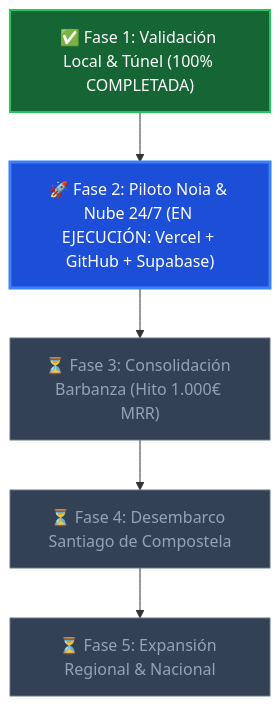
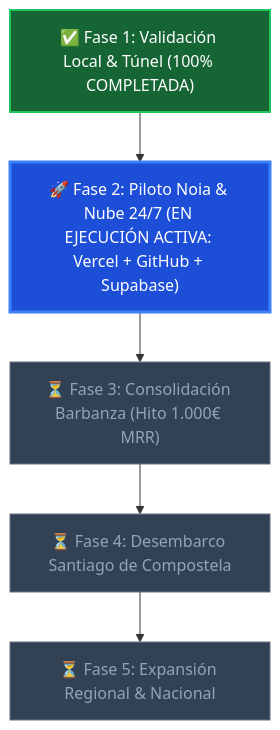
The first of 2 diagrams in docs/departamentos/1_organizacion/roadmap_y_organigrama.md (ElEmiGomez/fluxo-gastro), drawn with Mermaid before and after one commit. The commit also changed other lines of this file and 1 other file, not shown here.

Commit message:
docs(org): update roadmap standup and decision log (DEC-11 to DEC-13)

````diff
--- a/docs/departamentos/1_organizacion/roadmap_y_organigrama.md
+++ b/docs/departamentos/1_organizacion/roadmap_y_organigrama.md
@@ -11,14 +11,14 @@
 ```mermaid
 flowchart TD
     F1["✅ Fase 1: Validación Local & Túnel (100% COMPLETADA)"]
-    F1 --> F2["🚀 Fase 2: Piloto Noia & Nube 24/7 (EN EJECUCIÓN: Vercel + GitHub + Supabase)"]
+    F1 --> F2["🚀 Fase 2: Piloto Noia & Nube 24/7 (EN EJECUCIÓN ACTIVA: Vercel + GitHub + Supabase)"]
     F2 --> F3["⏳ Fase 3: Consolidación Barbanza (Hito 1.000€ MRR)"]
     F3 --> F4["⏳ Fase 4: Desembarco Santiago de Compostela"]
     F4 --> F5["⏳ Fase 5: Expansión Regional & Nacional"]
     
     style F1 fill:#166534,stroke:#22c55e,stroke-width:2px,color:#ffffff
     style F2 fill:#1d4ed8,stroke:#3b82f6,stroke-width:3px,color:#ffffff
     style F3 fill:#334155,stroke:#64748b,stroke-width:1px,color:#94a3b8
     style F4 fill:#334155,stroke:#64748b,stroke-width:1px,color:#94a3b8
     style F5 fill:#334155,stroke:#64748b,stroke-width:1px,color:#94a3b8
 ```
````
